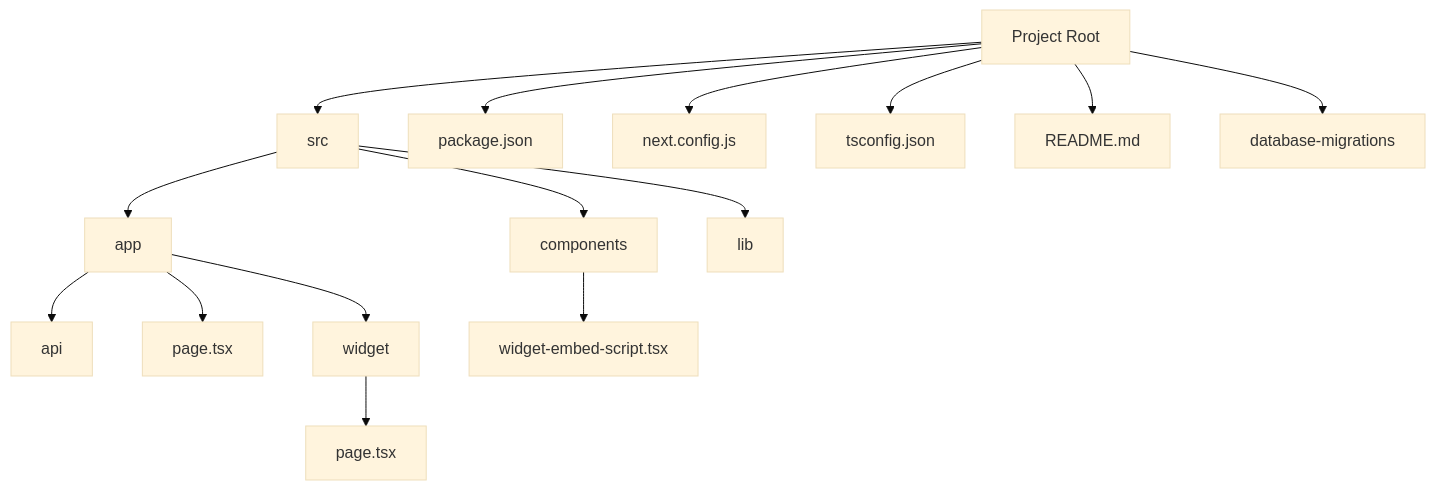
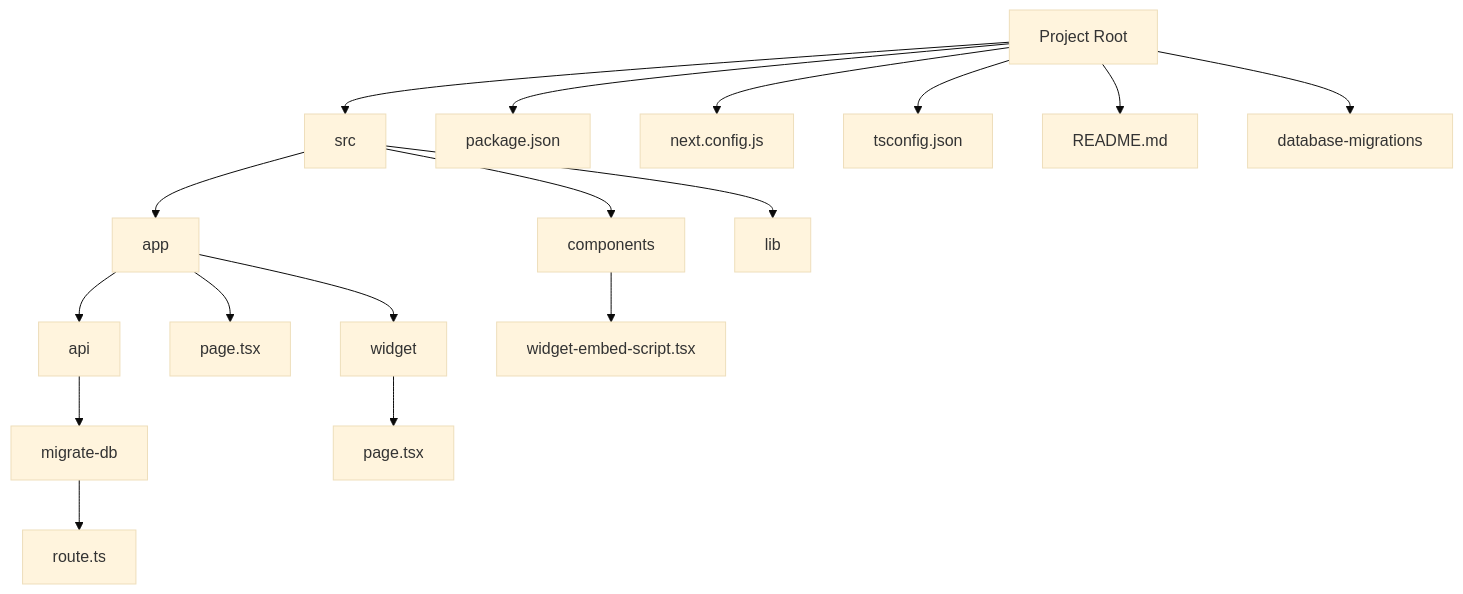
Before and after one commit to opendocuchat/OpenDocuChat: the diagram in README.md, drawn with Mermaid (base theme). The commit also changed other lines of this file and 6 other files, not shown here.

````diff
--- a/README.md
+++ b/README.md
@@ -14,17 +14,19 @@
 ```mermaid
 graph TD
     A[Project Root] --> B[src]
     A --> D[package.json]
     A --> E[next.config.js]
     A --> F[tsconfig.json]
     A --> G[README.md]
     A --> J[database-migrations]
     B --> H[app]
     B --> C[components]
     H --> L[api]
     H --> M[page.tsx]
     H --> N[widget]
     C --> T[widget-embed-script.tsx]
     B --> U[lib]
+    L --> I[migrate-db]
+    I --> K[route.ts]
     N --> V[page.tsx]
 ```
````
